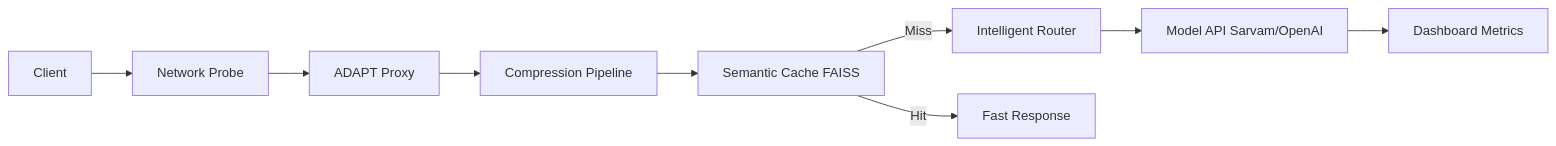
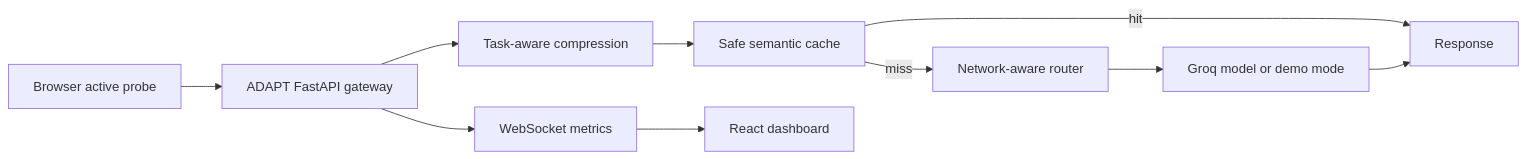
The diagram in README.md (hasan-raja/adapt), drawn with Mermaid before and after one commit. The commit also changed other lines of this file and 8 other files, not shown here.

Commit message:
feat: implement ADAPT core infrastructure including FastAPI routing, network probing, semantic caching, and session-aware model switching

````diff
--- a/README.md
+++ b/README.md
@@ -58,11 +15,12 @@
 ```mermaid
-graph LR
-    A[Client] --> B[Network Probe]
-    B --> C[ADAPT Proxy]
-    C --> D[Compression Pipeline]
-    D --> E[Semantic Cache FAISS]
-    E -- Miss --> F[Intelligent Router]
-    E -- Hit --> G[Fast Response]
-    F --> H[Model API Sarvam/OpenAI]
-    H --> I[Dashboard Metrics]
+flowchart LR
+    A["Browser active probe"] --> B["ADAPT FastAPI gateway"]
+    B --> C["Task-aware compression"]
+    C --> D["Safe semantic cache"]
+    D -->|hit| H["Response"]
+    D -->|miss| E["Network-aware router"]
+    E --> F["Groq model or demo mode"]
+    F --> H
+    B --> G["WebSocket metrics"]
+    G --> I["React dashboard"]
 ```
````
